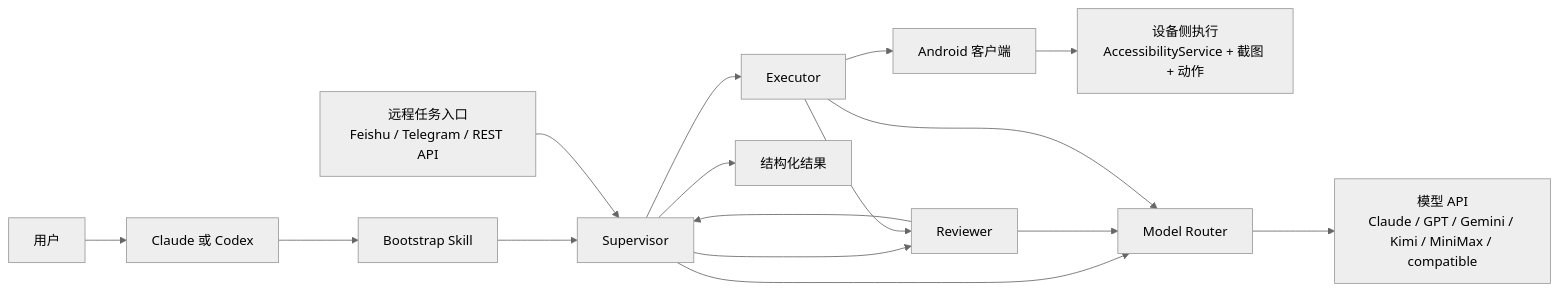
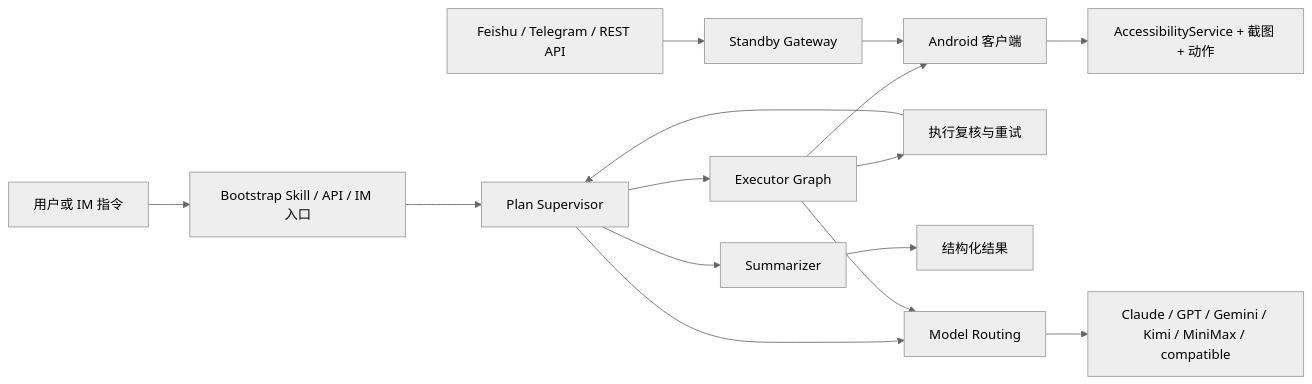
The diagram in README.zh-CN.md (Core-Mate/OpenGUI), drawn with Mermaid (neutral theme) before and after one commit. The commit also changed other lines of this file, not shown here.

````diff
--- a/README.zh-CN.md
+++ b/README.zh-CN.md
@@ -125,22 +125,21 @@
 ```mermaid
 flowchart LR
-    U["用户"] --> A["Claude 或 Codex"]
-    A --> BS["Bootstrap Skill"]
-    BS --> SP
+    U["用户或 IM 指令"] --> BS["Bootstrap Skill / API / IM 入口"]
+    BS --> SP["Plan Supervisor"]
 
-    RD["远程任务入口\nFeishu / Telegram / REST API"] --> SP["Supervisor"]
-    SP --> EX["Executor"]
-    SP --> RV["Reviewer"]
-    EX --> RV
+    SP --> EX["Executor Graph"]
+    EX --> AC["Android 客户端"]
+    AC --> GX["AccessibilityService + 截图 + 动作"]
+    EX --> RV["执行复核与重试"]
     RV --> SP
 
-    EX --> AC["Android 客户端"]
-    AC --> DE["设备侧执行\nAccessibilityService + 截图 + 动作"]
+    SP --> SM["Summarizer"]
+    SM --> SR["结构化结果"]
 
-    SP --> MR["Model Router"]
-    MR --> MA["模型 API\nClaude / GPT / Gemini / Kimi / MiniMax / compatible"]
-    RV --> MR
+    RD["Feishu / Telegram / REST API"] --> ST["Standby Gateway"]
+    ST --> AC
+
+    SP --> MR["Model Routing"]
+    MR --> MA["Claude / GPT / Gemini / Kimi / MiniMax / compatible"]
     EX --> MR
-
-    SP --> SR["结构化结果"]
 ```
````
